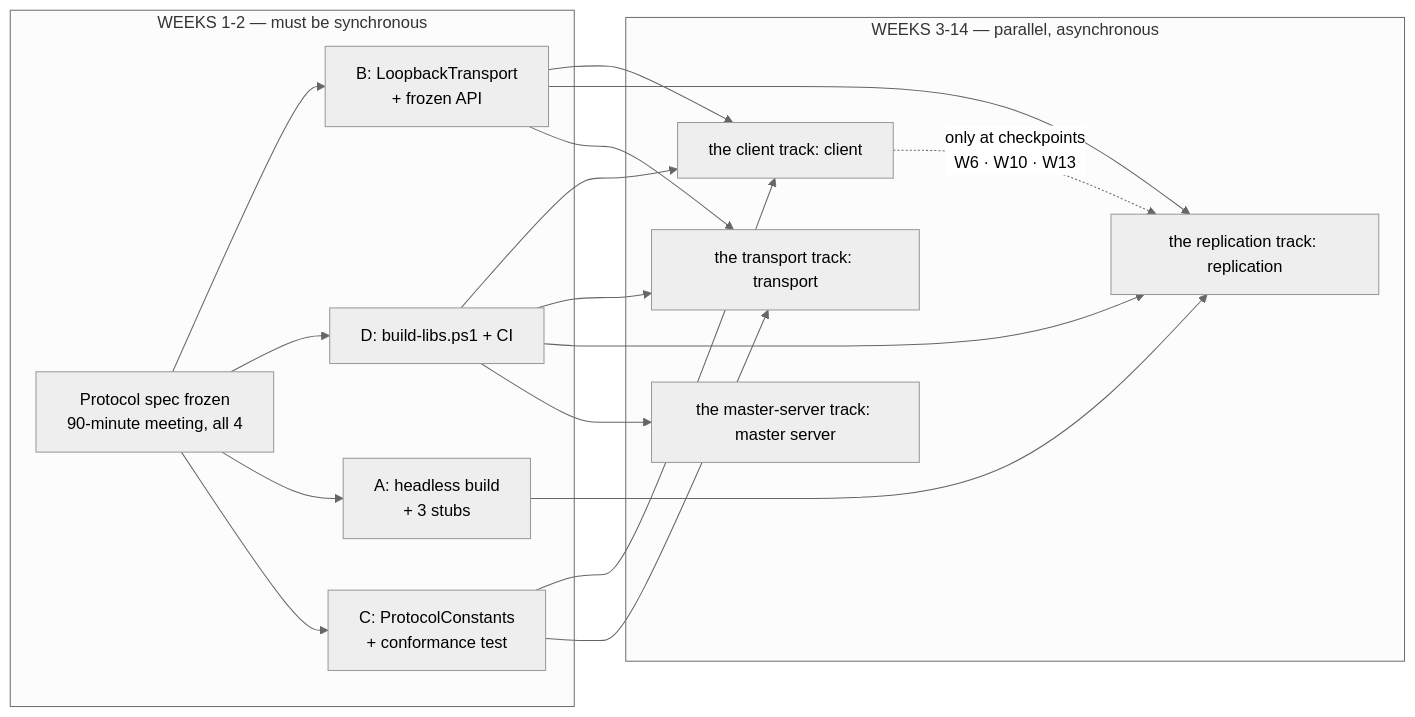
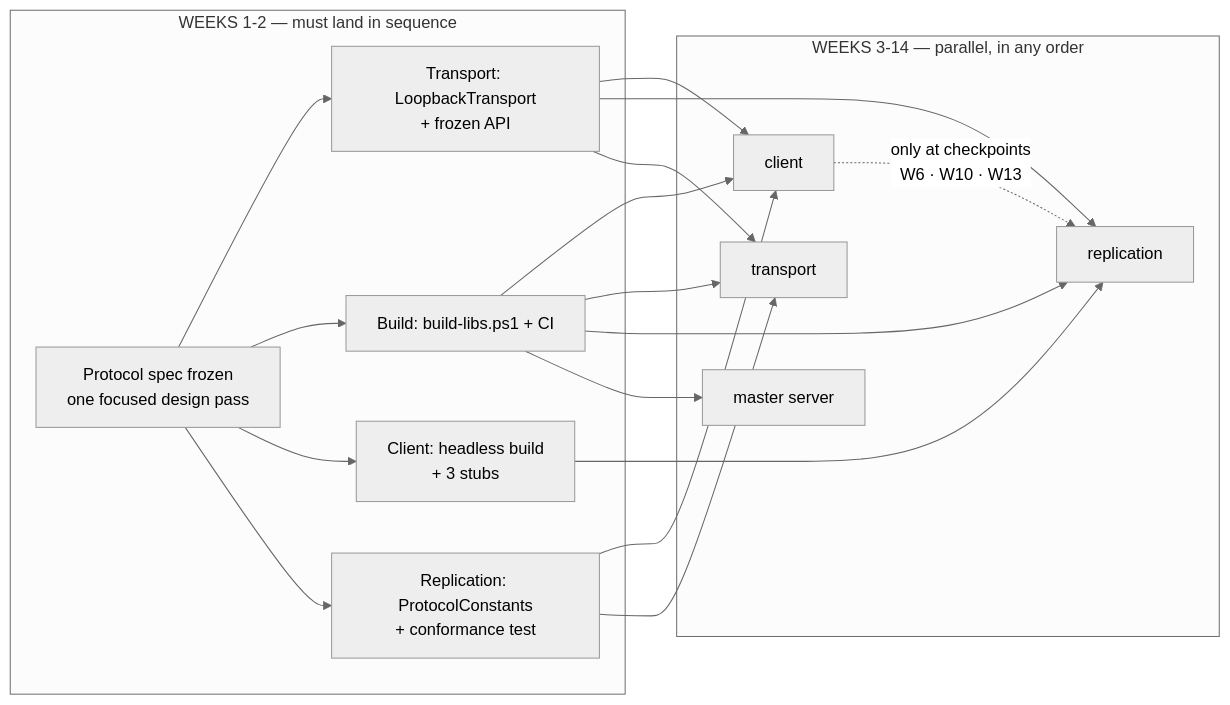
The diagram in plans/00-shared/dependency-map.md (Nghaiz/LTM), drawn with Mermaid (neutral theme) before and after one commit. The commit also changed other lines of this file and 37 other files, not shown here.

````diff
--- a/plans/00-shared/dependency-map.md
+++ b/plans/00-shared/dependency-map.md
@@ -12,24 +13,24 @@
 ```mermaid
 flowchart LR
-    subgraph W12["WEEKS 1-2 — must be synchronous"]
-        P["Protocol spec frozen<br/>90-minute meeting, all 4"]
-        BS["B: LoopbackTransport<br/>+ frozen API"]
-        DS["D: build-libs.ps1 + CI"]
-        AS["A: headless build<br/>+ 3 stubs"]
-        CS["C: ProtocolConstants<br/>+ conformance test"]
+    subgraph W12["WEEKS 1-2 — must land in sequence"]
+        P["Protocol spec frozen<br/>one focused design pass"]
+        BS["Transport: LoopbackTransport<br/>+ frozen API"]
+        DS["Build: build-libs.ps1 + CI"]
+        AS["Client: headless build<br/>+ 3 stubs"]
+        CS["Replication: ProtocolConstants<br/>+ conformance test"]
     end
-    subgraph W314["WEEKS 3-14 — parallel, asynchronous"]
-        A2["the client track: client"]
-        B2["the transport track: transport"]
-        C2["the replication track: replication"]
-        D2["the master-server track: master server"]
+    subgraph W314["WEEKS 3-14 — parallel, in any order"]
+        A2["client"]
+        B2["transport"]
+        C2["replication"]
+        D2["master server"]
     end
     P --> BS & DS & AS & CS
     BS --> A2 & C2
     DS --> A2 & B2 & C2
     AS --> C2
     CS --> A2 & B2
     BS --> B2
     DS --> D2
     A2 -.->|"only at checkpoints<br/>W6 · W10 · W13"| C2
 ```
````
